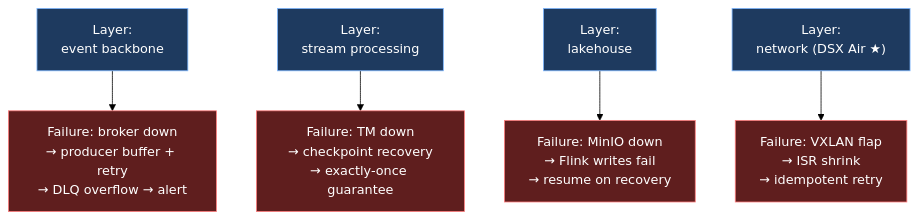
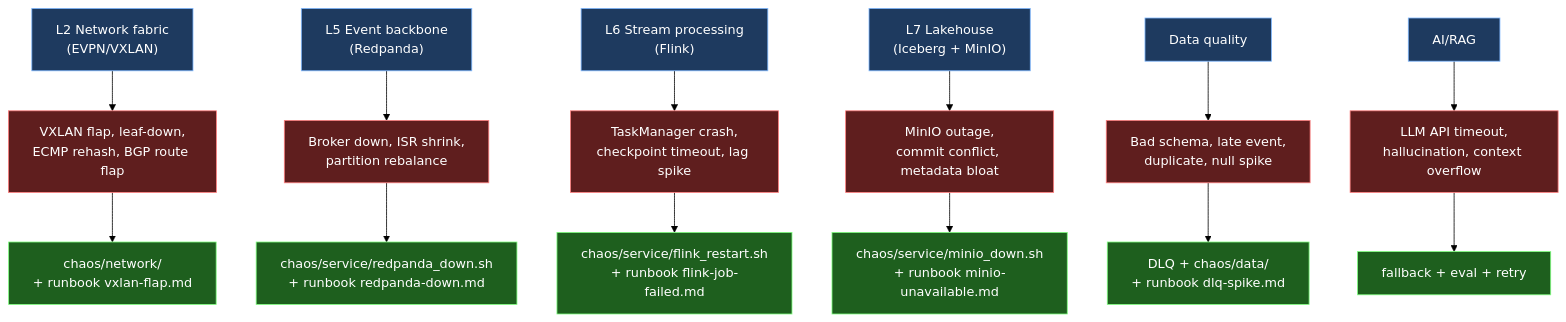
The first of 5 diagrams in learning/00-mental-models/05-failure-as-feature.md (ankinguyen-engineer-2002/realtime-data-ai-platform-digital-twin), drawn with Mermaid (forest theme) before and after one commit. The commit also changed other lines of this file, not shown here.

First line of the commit message:
docs(learning): F00/05 Failure as feature rewritten v2 university-grade

````diff
--- a/learning/00-mental-models/05-failure-as-feature.md
+++ b/learning/00-mental-models/05-failure-as-feature.md
@@ -39,10 +115,24 @@
 ```mermaid
 flowchart TB
     classDef layer fill:#1e3a5f,stroke:#7fb8ff,color:#fff
     classDef fail fill:#5f1e1e,stroke:#ff7f7f,color:#fff
+    classDef recover fill:#1e5f1e,stroke:#7fff7f,color:#fff
 
-    L1["Layer:<br/>event backbone"]:::layer --> F1["Failure: broker down<br/>→ producer buffer + retry<br/>→ DLQ overflow → alert"]:::fail
-    L2["Layer:<br/>stream processing"]:::layer --> F2["Failure: TM down<br/>→ checkpoint recovery<br/>→ exactly-once guarantee"]:::fail
-    L3["Layer:<br/>lakehouse"]:::layer --> F3["Failure: MinIO down<br/>→ Flink writes fail<br/>→ resume on recovery"]:::fail
-    L4["Layer:<br/>network (DSX Air ★)"]:::layer --> F4["Failure: VXLAN flap<br/>→ ISR shrink<br/>→ idempotent retry"]:::fail
+    L1["L2 Network fabric<br/>(EVPN/VXLAN)"]:::layer --> F1["VXLAN flap, leaf-down,<br/>ECMP rehash, BGP route flap"]:::fail
+    F1 --> R1["chaos/network/<br/>+ runbook vxlan-flap.md"]:::recover
+
+    L2["L5 Event backbone<br/>(Redpanda)"]:::layer --> F2["Broker down, ISR shrink,<br/>partition rebalance"]:::fail
+    F2 --> R2["chaos/service/redpanda_down.sh<br/>+ runbook redpanda-down.md"]:::recover
+
+    L3["L6 Stream processing<br/>(Flink)"]:::layer --> F3["TaskManager crash,<br/>checkpoint timeout, lag spike"]:::fail
+    F3 --> R3["chaos/service/flink_restart.sh<br/>+ runbook flink-job-failed.md"]:::recover
+
+    L4["L7 Lakehouse<br/>(Iceberg + MinIO)"]:::layer --> F4["MinIO outage,<br/>commit conflict, metadata bloat"]:::fail
+    F4 --> R4["chaos/service/minio_down.sh<br/>+ runbook minio-unavailable.md"]:::recover
+
+    L5["Data quality"]:::layer --> F5["Bad schema, late event,<br/>duplicate, null spike"]:::fail
+    F5 --> R5["DLQ + chaos/data/<br/>+ runbook dlq-spike.md"]:::recover
+
+    L6["AI/RAG"]:::layer --> F6["LLM API timeout,<br/>hallucination, context overflow"]:::fail
+    F6 --> R6["fallback + eval + retry"]:::recover
 ```
````
